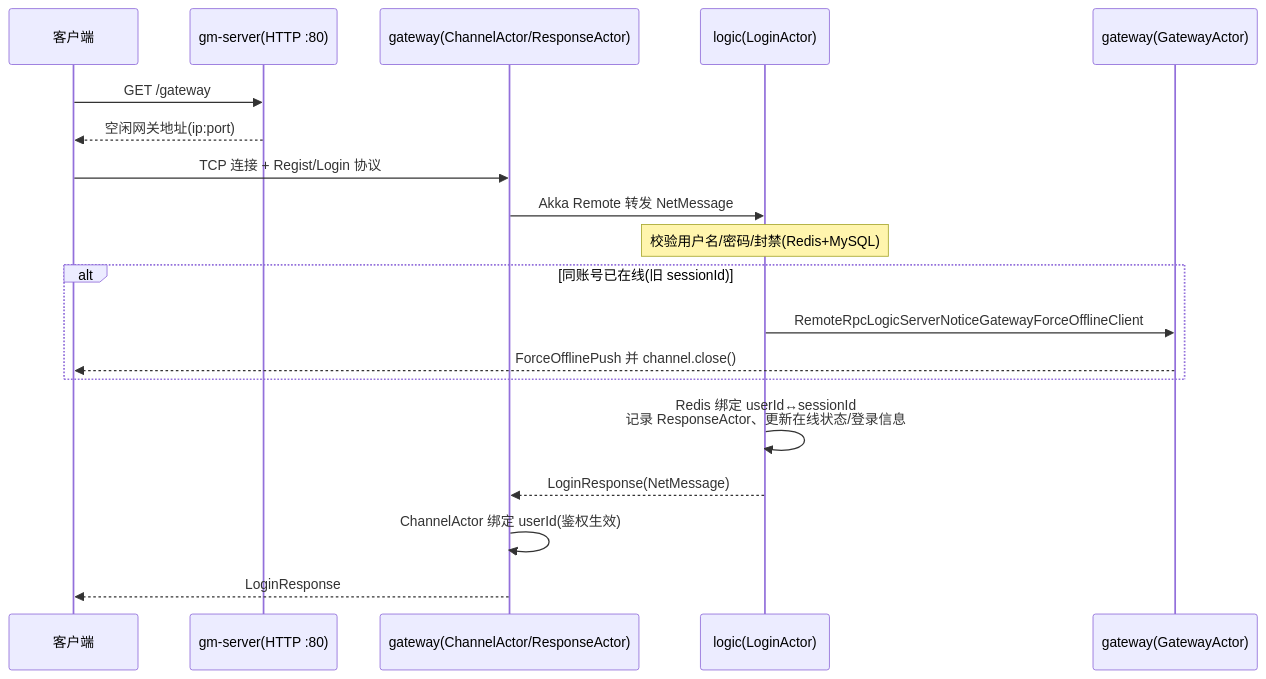
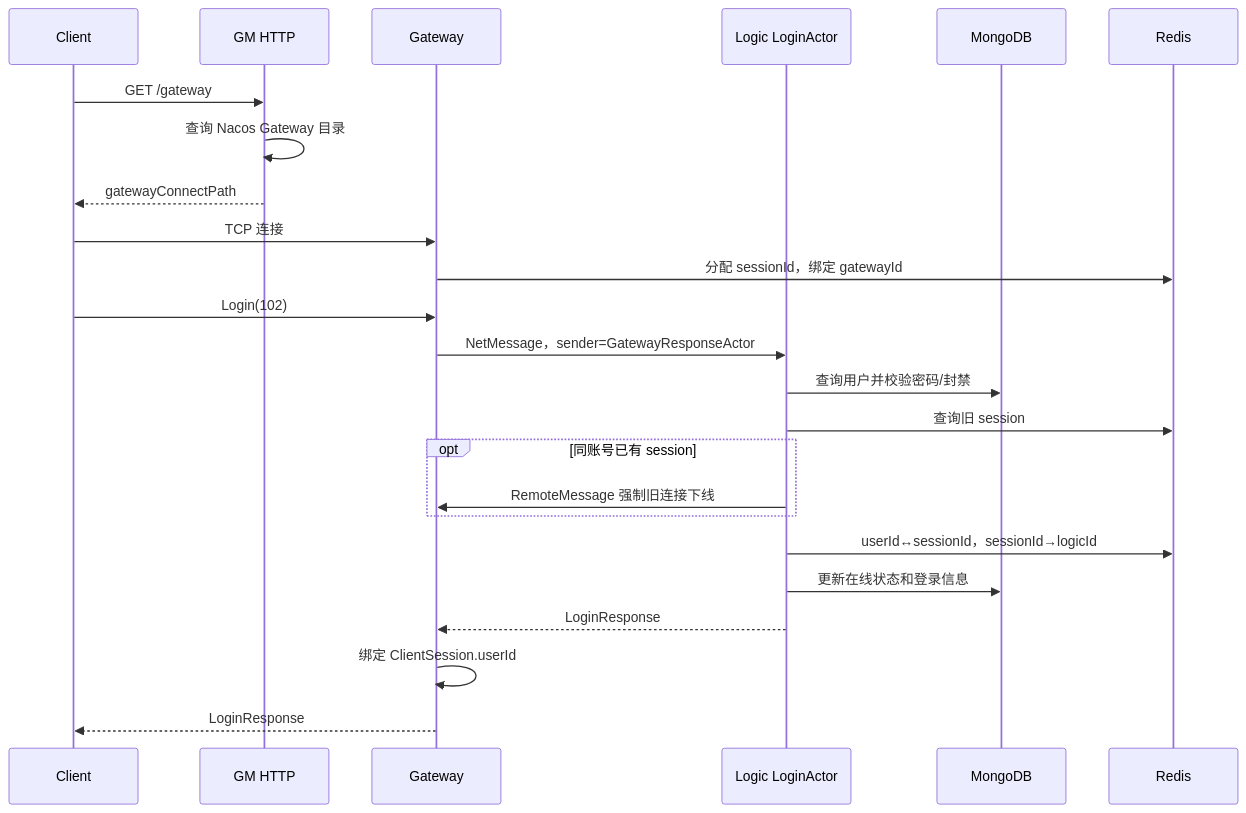
The sixth of 8 diagrams in doc/01_架构设计文档.md (132982jianan/JGameServer), drawn with Mermaid before and after one commit. The commit also changed other lines of this file, not shown here.

````diff
--- a/doc/01_架构设计文档.md
+++ b/doc/01_架构设计文档.md
@@ -323,22 +465,27 @@
 ```mermaid
 sequenceDiagram
-    participant C as 客户端
-    participant GM as gm-server(HTTP :80)
-    participant GW as gateway(ChannelActor/ResponseActor)
-    participant LG as logic(LoginActor)
-    participant GW2 as gateway(GatewayActor)
+    participant C as Client
+    participant GM as GM HTTP
+    participant GW as Gateway
+    participant LG as Logic LoginActor
+    participant M as MongoDB
+    participant R as Redis
 
     C->>GM: GET /gateway
-    GM-->>C: 空闲网关地址(ip:port)
-    C->>GW: TCP 连接 + Regist/Login 协议
-    GW->>LG: Akka Remote 转发 NetMessage
-    Note over LG: 校验用户名/密码/封禁(Redis+MySQL)
-    alt 同账号已在线(旧 sessionId)
-        LG->>GW2: RemoteRpcLogicServerNoticeGatewayForceOfflineClient
-        GW2-->>C: ForceOfflinePush 并 channel.close()
+    GM->>GM: 查询 Nacos Gateway 目录
+    GM-->>C: gatewayConnectPath
+    C->>GW: TCP 连接
+    GW->>R: 分配 sessionId，绑定 gatewayId
+    C->>GW: Login(102)
+    GW->>LG: NetMessage，sender=GatewayResponseActor
+    LG->>M: 查询用户并校验密码/封禁
+    LG->>R: 查询旧 session
+    opt 同账号已有 session
+        LG->>GW: RemoteMessage 强制旧连接下线
     end
-    LG->>LG: Redis 绑定 userId↔sessionId<br/>记录 ResponseActor、更新在线状态/登录信息
-    LG-->>GW: LoginResponse(NetMessage)
-    GW->>GW: ChannelActor 绑定 userId(鉴权生效)
+    LG->>R: userId↔sessionId，sessionId→logicId
+    LG->>M: 更新在线状态和登录信息
+    LG-->>GW: LoginResponse
+    GW->>GW: 绑定 ClientSession.userId
     GW-->>C: LoginResponse
 ```
````
